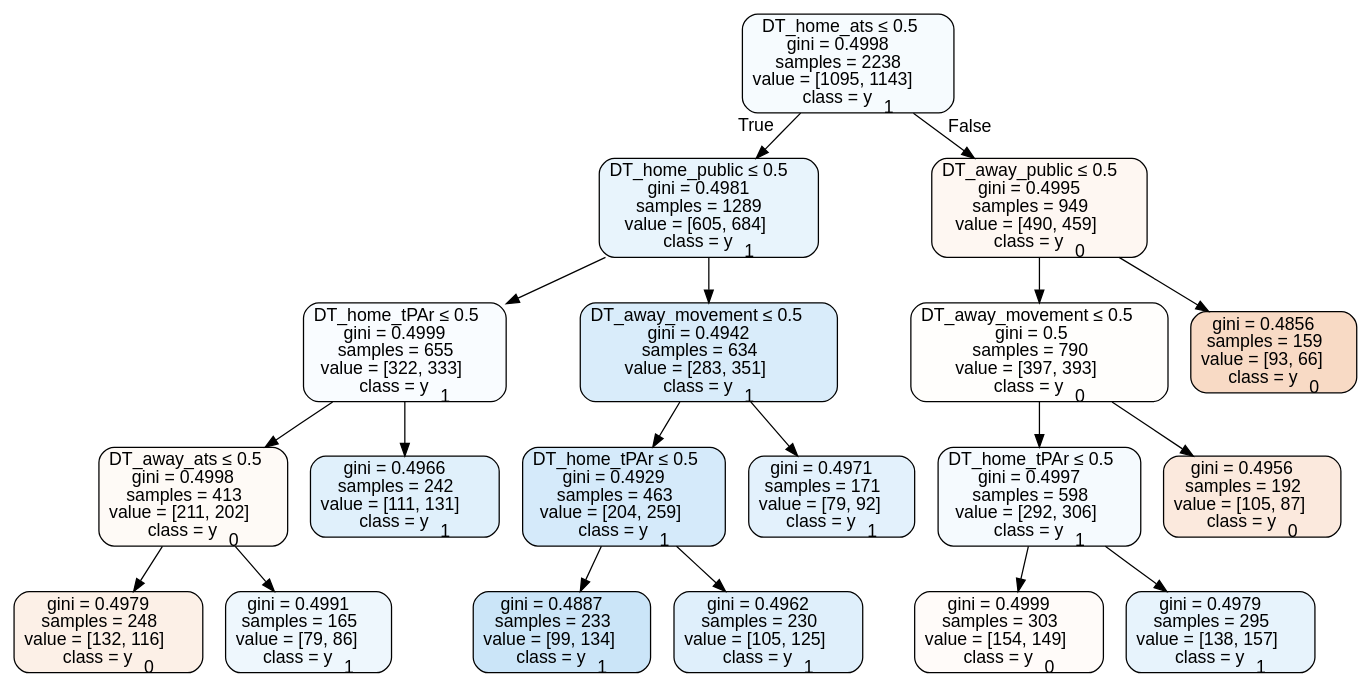
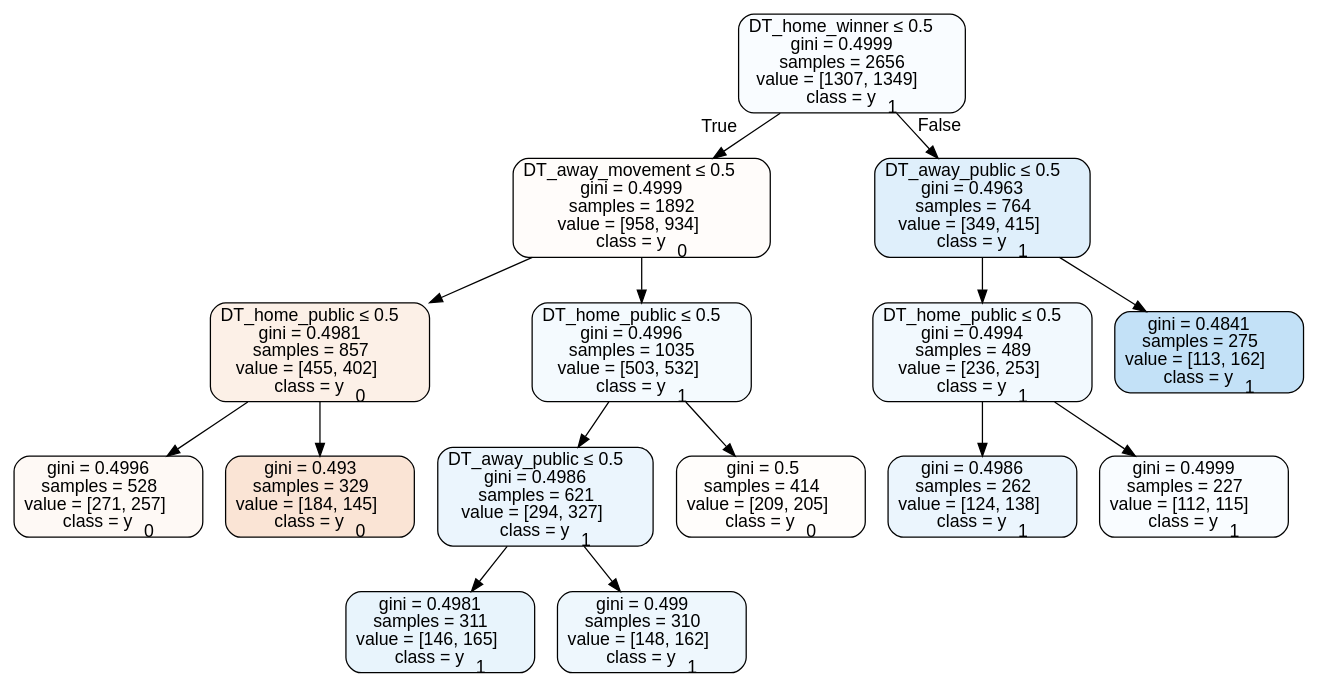
Before and after one commit to usbogie/ncaa-bets: the diagram in tree_data/treeneutral.dot, drawn with Graphviz. The commit also changed 50 other files, not shown here.

```diff
--- a/tree_data/treeneutral.dot
+++ b/tree_data/treeneutral.dot
@@ -1,41 +1,33 @@
 digraph Tree {
 node [shape=box, style="filled, rounded", color="black", fontname=helvetica] ;
 edge [fontname=helvetica] ;
-0 [label=<DT_home_ats &le; 0.5<br/>gini = 0.4998<br/>samples = 2238<br/>value = [1095, 1143]<br/>class = y<SUB>1</SUB>>, fillcolor="#399de50b"] ;
-1 [label=<DT_home_public &le; 0.5<br/>gini = 0.4981<br/>samples = 1289<br/>value = [605, 684]<br/>class = y<SUB>1</SUB>>, fillcolor="#399de51d"] ;
+0 [label=<DT_home_winner &le; 0.5<br/>gini = 0.4999<br/>samples = 2656<br/>value = [1307, 1349]<br/>class = y<SUB>1</SUB>>, fillcolor="#399de508"] ;
+1 [label=<DT_away_movement &le; 0.5<br/>gini = 0.4999<br/>samples = 1892<br/>value = [958, 934]<br/>class = y<SUB>0</SUB>>, fillcolor="#e5813906"] ;
 0 -> 1 [labeldistance=2.5, labelangle=45, headlabel="True"] ;
-2 [label=<DT_home_tPAr &le; 0.5<br/>gini = 0.4999<br/>samples = 655<br/>value = [322, 333]<br/>class = y<SUB>1</SUB>>, fillcolor="#399de508"] ;
+2 [label=<DT_home_public &le; 0.5<br/>gini = 0.4981<br/>samples = 857<br/>value = [455, 402]<br/>class = y<SUB>0</SUB>>, fillcolor="#e581391e"] ;
 1 -> 2 ;
-3 [label=<DT_away_ats &le; 0.5<br/>gini = 0.4998<br/>samples = 413<br/>value = [211, 202]<br/>class = y<SUB>0</SUB>>, fillcolor="#e581390b"] ;
+3 [label=<gini = 0.4996<br/>samples = 528<br/>value = [271, 257]<br/>class = y<SUB>0</SUB>>, fillcolor="#e581390d"] ;
 2 -> 3 ;
-4 [label=<gini = 0.4979<br/>samples = 248<br/>value = [132, 116]<br/>class = y<SUB>0</SUB>>, fillcolor="#e581391f"] ;
-3 -> 4 ;
-5 [label=<gini = 0.4991<br/>samples = 165<br/>value = [79, 86]<br/>class = y<SUB>1</SUB>>, fillcolor="#399de515"] ;
-3 -> 5 ;
-6 [label=<gini = 0.4966<br/>samples = 242<br/>value = [111, 131]<br/>class = y<SUB>1</SUB>>, fillcolor="#399de527"] ;
-2 -> 6 ;
-7 [label=<DT_away_movement &le; 0.5<br/>gini = 0.4942<br/>samples = 634<br/>value = [283, 351]<br/>class = y<SUB>1</SUB>>, fillcolor="#399de531"] ;
-1 -> 7 ;
-8 [label=<DT_home_tPAr &le; 0.5<br/>gini = 0.4929<br/>samples = 463<br/>value = [204, 259]<br/>class = y<SUB>1</SUB>>, fillcolor="#399de536"] ;
-7 -> 8 ;
-9 [label=<gini = 0.4887<br/>samples = 233<br/>value = [99, 134]<br/>class = y<SUB>1</SUB>>, fillcolor="#399de543"] ;
-8 -> 9 ;
-10 [label=<gini = 0.4962<br/>samples = 230<br/>value = [105, 125]<br/>class = y<SUB>1</SUB>>, fillcolor="#399de529"] ;
-8 -> 10 ;
-11 [label=<gini = 0.4971<br/>samples = 171<br/>value = [79, 92]<br/>class = y<SUB>1</SUB>>, fillcolor="#399de524"] ;
-7 -> 11 ;
-12 [label=<DT_away_public &le; 0.5<br/>gini = 0.4995<br/>samples = 949<br/>value = [490, 459]<br/>class = y<SUB>0</SUB>>, fillcolor="#e5813910"] ;
-0 -> 12 [labeldistance=2.5, labelangle=-45, headlabel="False"] ;
-13 [label=<DT_away_movement &le; 0.5<br/>gini = 0.5<br/>samples = 790<br/>value = [397, 393]<br/>class = y<SUB>0</SUB>>, fillcolor="#e5813903"] ;
-12 -> 13 ;
-14 [label=<DT_home_tPAr &le; 0.5<br/>gini = 0.4997<br/>samples = 598<br/>value = [292, 306]<br/>class = y<SUB>1</SUB>>, fillcolor="#399de50c"] ;
-13 -> 14 ;
-15 [label=<gini = 0.4999<br/>samples = 303<br/>value = [154, 149]<br/>class = y<SUB>0</SUB>>, fillcolor="#e5813908"] ;
-14 -> 15 ;
-16 [label=<gini = 0.4979<br/>samples = 295<br/>value = [138, 157]<br/>class = y<SUB>1</SUB>>, fillcolor="#399de51f"] ;
-14 -> 16 ;
-17 [label=<gini = 0.4956<br/>samples = 192<br/>value = [105, 87]<br/>class = y<SUB>0</SUB>>, fillcolor="#e581392c"] ;
-13 -> 17 ;
-18 [label=<gini = 0.4856<br/>samples = 159<br/>value = [93, 66]<br/>class = y<SUB>0</SUB>>, fillcolor="#e581394a"] ;
-12 -> 18 ;
+4 [label=<gini = 0.493<br/>samples = 329<br/>value = [184, 145]<br/>class = y<SUB>0</SUB>>, fillcolor="#e5813936"] ;
+2 -> 4 ;
+5 [label=<DT_home_public &le; 0.5<br/>gini = 0.4996<br/>samples = 1035<br/>value = [503, 532]<br/>class = y<SUB>1</SUB>>, fillcolor="#399de50e"] ;
+1 -> 5 ;
+6 [label=<DT_away_public &le; 0.5<br/>gini = 0.4986<br/>samples = 621<br/>value = [294, 327]<br/>class = y<SUB>1</SUB>>, fillcolor="#399de51a"] ;
+5 -> 6 ;
+7 [label=<gini = 0.4981<br/>samples = 311<br/>value = [146, 165]<br/>class = y<SUB>1</SUB>>, fillcolor="#399de51d"] ;
+6 -> 7 ;
+8 [label=<gini = 0.499<br/>samples = 310<br/>value = [148, 162]<br/>class = y<SUB>1</SUB>>, fillcolor="#399de516"] ;
+6 -> 8 ;
+9 [label=<gini = 0.5<br/>samples = 414<br/>value = [209, 205]<br/>class = y<SUB>0</SUB>>, fillcolor="#e5813905"] ;
+5 -> 9 ;
+10 [label=<DT_away_public &le; 0.5<br/>gini = 0.4963<br/>samples = 764<br/>value = [349, 415]<br/>class = y<SUB>1</SUB>>, fillcolor="#399de529"] ;
+0 -> 10 [labeldistance=2.5, labelangle=-45, headlabel="False"] ;
+11 [label=<DT_home_public &le; 0.5<br/>gini = 0.4994<br/>samples = 489<br/>value = [236, 253]<br/>class = y<SUB>1</SUB>>, fillcolor="#399de511"] ;
+10 -> 11 ;
+12 [label=<gini = 0.4986<br/>samples = 262<br/>value = [124, 138]<br/>class = y<SUB>1</SUB>>, fillcolor="#399de51a"] ;
+11 -> 12 ;
+13 [label=<gini = 0.4999<br/>samples = 227<br/>value = [112, 115]<br/>class = y<SUB>1</SUB>>, fillcolor="#399de507"] ;
+11 -> 13 ;
+14 [label=<gini = 0.4841<br/>samples = 275<br/>value = [113, 162]<br/>class = y<SUB>1</SUB>>, fillcolor="#399de54d"] ;
+10 -> 14 ;
 }
```
